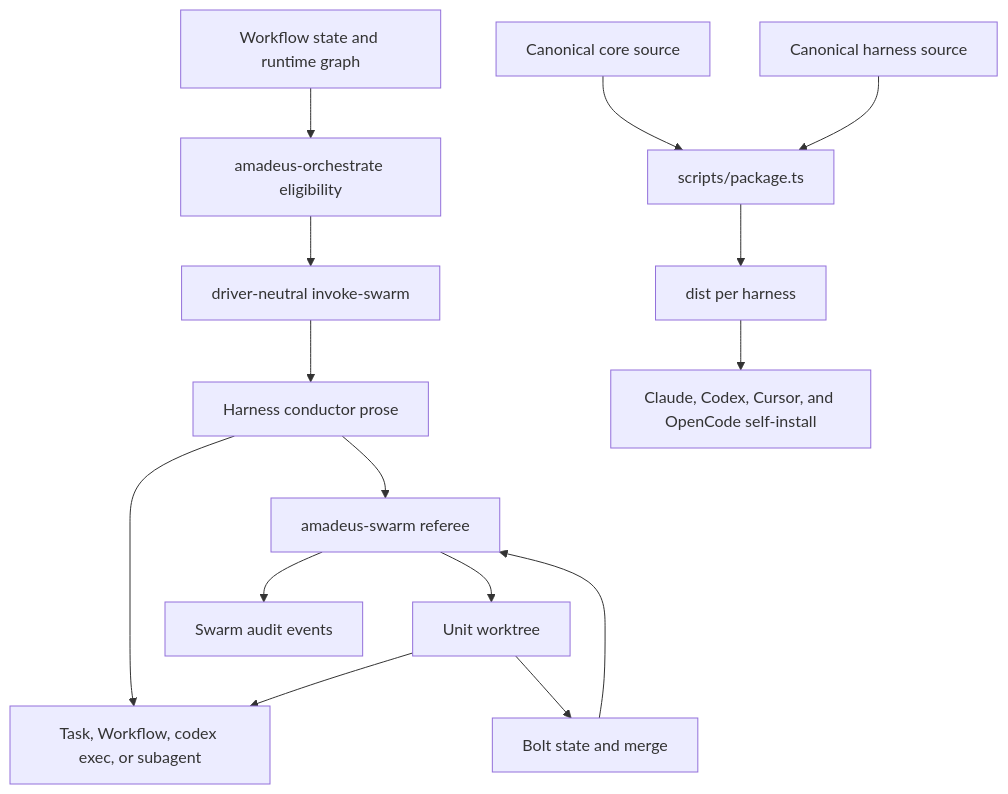
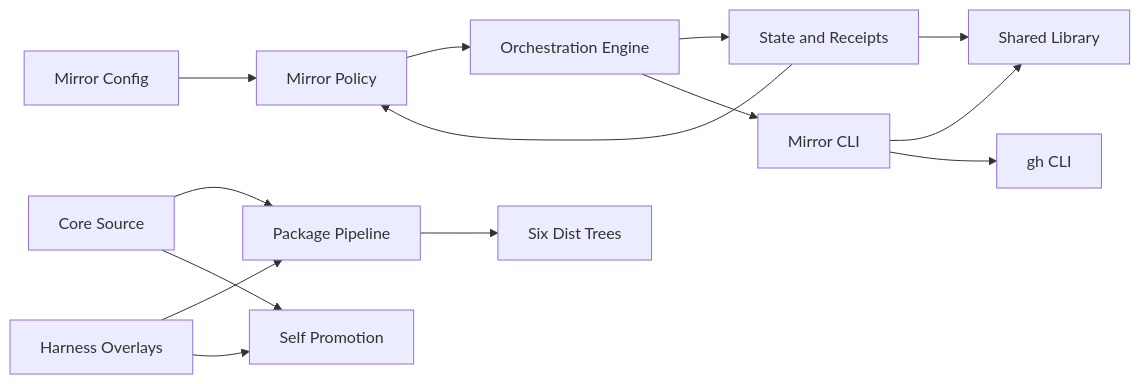
Before and after one commit to amadeus-dlc/amadeus: the diagram in amadeus/spaces/default/codekb/amadeus/dependencies.md, drawn with Mermaid. The commit also changed other lines of this file and 144 other files, not shown here.

First line of the commit message:
checkpoint(260724-mirror-auto-modes): handoff from Codex worktree at code-generation

````diff
--- a/amadeus/spaces/default/codekb/amadeus/dependencies.md
+++ b/amadeus/spaces/default/codekb/amadeus/dependencies.md
@@ -79,24 +5,16 @@
 ```mermaid
-flowchart TD
-  State["Workflow state and runtime graph"]
-  Engine["amadeus-orchestrate eligibility"]
-  Directive["driver-neutral invoke-swarm"]
-  Conductor["Harness conductor prose"]
-  Worker["Task, Workflow, codex exec, or subagent"]
-  Referee["amadeus-swarm referee"]
-  Worktree["Unit worktree"]
-  Bolt["Bolt state and merge"]
-  Audit["Swarm audit events"]
-  Core["Canonical core source"]
-  Harness["Canonical harness source"]
-  Package["scripts/package.ts"]
-  Dist["dist per harness"]
-  Promote["Claude, Codex, Cursor, and OpenCode self-install"]
-
-  State --> Engine --> Directive --> Conductor --> Worker
-  Conductor --> Referee
-  Referee --> Worktree --> Worker
-  Worktree --> Bolt --> Referee --> Audit
-  Core --> Package
-  Harness --> Package --> Dist --> Promote
+flowchart LR
+  Config["Mirror Config"] --> Policy["Mirror Policy"]
+  State["State and Receipts"] --> Policy
+  Policy --> Engine["Orchestration Engine"]
+  Engine --> State
+  Engine --> CLI["Mirror CLI"]
+  CLI --> Lib["Shared Library"]
+  State --> Lib
+  CLI --> GH["gh CLI"]
+  Core["Core Source"] --> Package["Package Pipeline"]
+  Overlay["Harness Overlays"] --> Package
+  Package --> Dist["Six Dist Trees"]
+  Core --> Promote["Self Promotion"]
+  Overlay --> Promote
 ```
````
